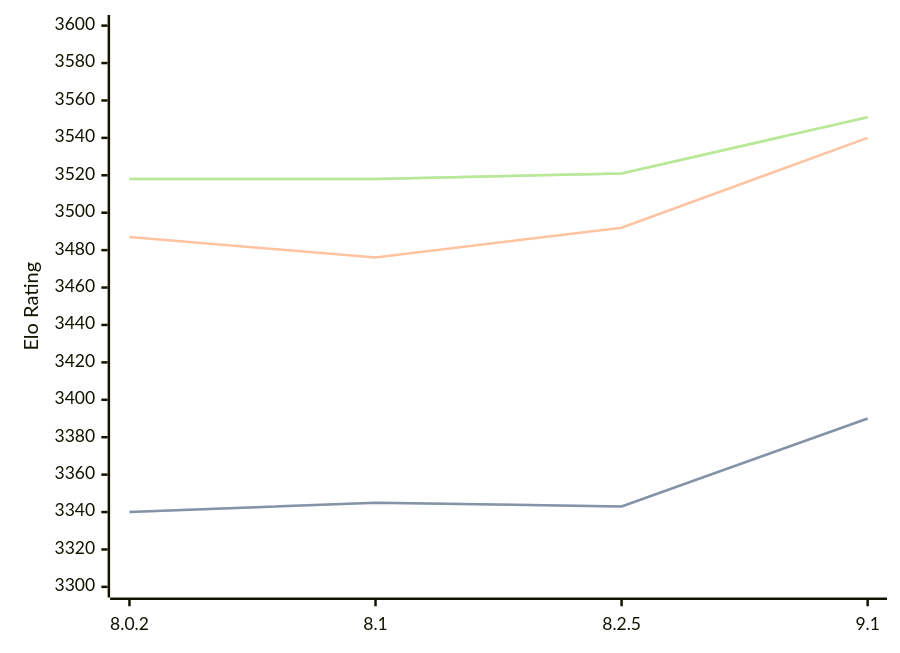
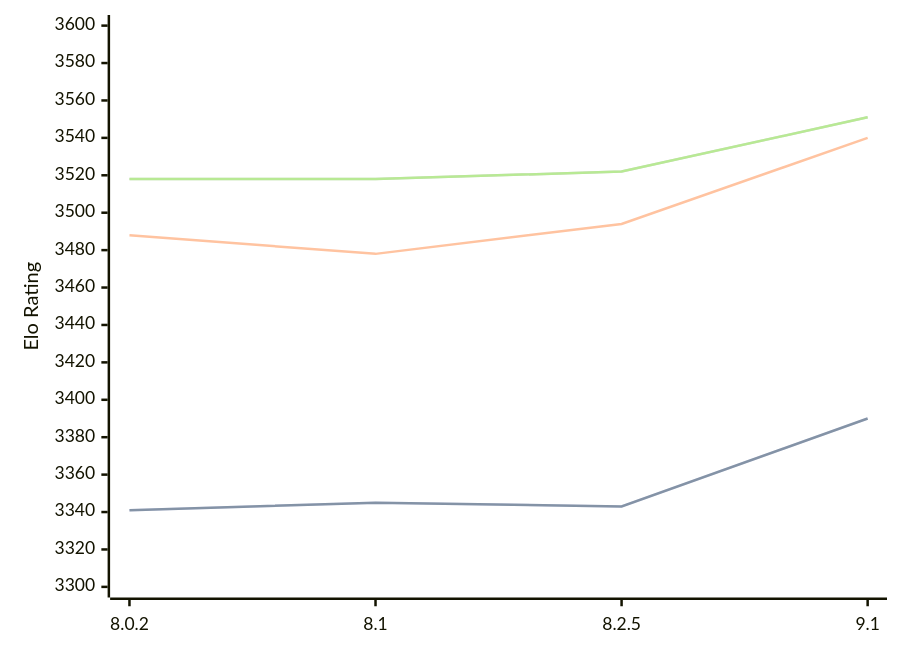
One commit to computer-chess-index/cci changed the diagram in engines/Clover.md. Above: the diagram before and after it, drawn with Mermaid. The commit also changed other lines of this file, not shown here.

Commit message:
Update CCI Ratings (ELO VLTC) - 2026-09-08

````diff
--- a/engines/Clover.md
+++ b/engines/Clover.md
@@ -35,11 +35,11 @@
 ```mermaid
 %%{init: {"theme":"base","themeVariables":{"seriesColors:['#a3a3a3','#222221','#faa371']}}}%%
 xychart-beta
   x-axis ["8.0.2", "8.1", "8.2.5", "9.1"]
   y-axis "Elo Rating" 3300 --> 3600
-  line "" [3340, 3345, 3343, 3390]
-  line "STC (8.0+0.08s)" [3340, 3345, 3343, 3390]
-  line "LTC (60.0+0.60s)" [3487, 3476, 3492, 3540]
-  line "" [3518, 3518, 3521, 3551]
-  line "VLTC (2m24s+1.12s)" [3518, 3518, 3521, 3551]
+  line "" [3341, 3345, 3343, 3390]
+  line "STC (8.0+0.08s)" [3341, 3345, 3343, 3390]
+  line "LTC (60.0+0.60s)" [3488, 3478, 3494, 3540]
+  line "" [3518, 3518, 3522, 3551]
+  line "VLTC (2m24s+1.12s)" [3518, 3518, 3522, 3551]
 ```
````
